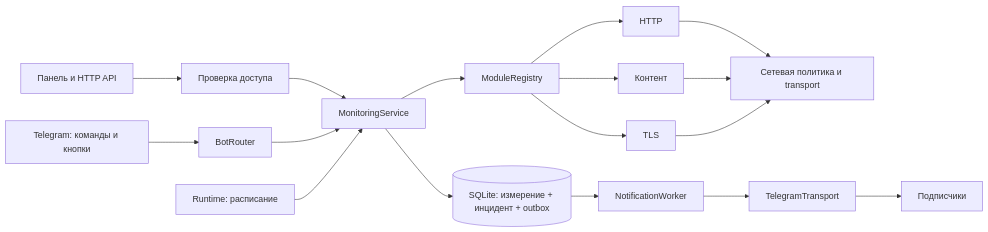
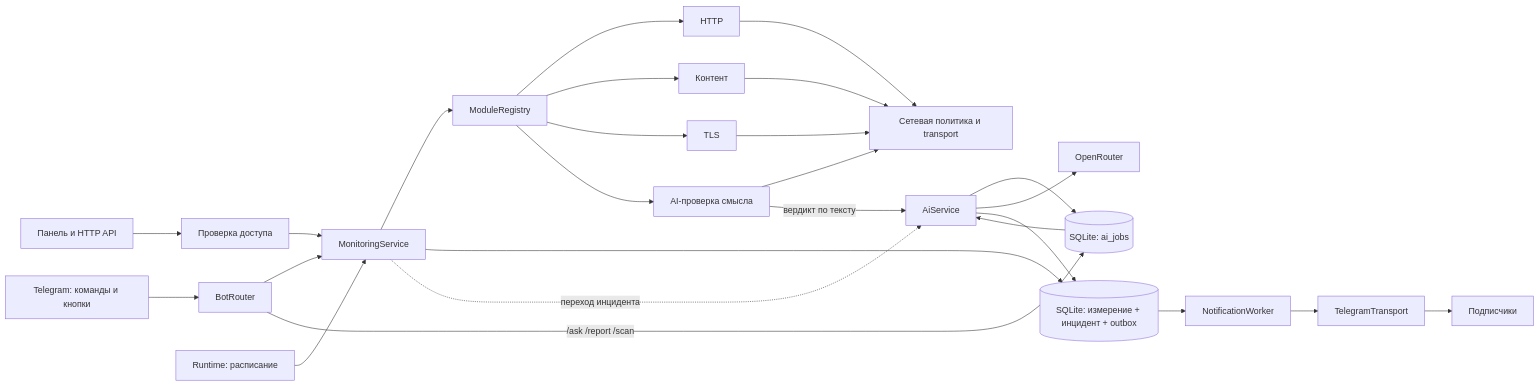
One commit to Artik-HP/Bot_API changed the diagram in docs/ARCHITECTURE.md. Above: the diagram before and after it, drawn with Mermaid. The commit also changed other lines of this file and 29 other files, not shown here.

First line of the commit message:
PulseDesk: AI-ассистент через OpenRouter

````diff
--- a/docs/ARCHITECTURE.md
+++ b/docs/ARCHITECTURE.md
@@ -5,17 +5,25 @@
 ```mermaid
 flowchart LR
   T[Telegram: команды и кнопки] --> R[BotRouter]
   W[Панель и HTTP API] --> A[Проверка доступа]
   A --> M[MonitoringService]
   R --> M
   S[Runtime: расписание] --> M
   M --> P[ModuleRegistry]
   P --> H[HTTP]
   P --> C[Контент]
   P --> L[TLS]
-  H & C & L --> N[Сетевая политика и transport]
+  P --> X[AI-проверка смысла]
+  H & C & L & X --> N[Сетевая политика и transport]
   M --> D[(SQLite: измерение + инцидент + outbox)]
+  M -. переход инцидента .-> AI[AiService]
+  X -- вердикт по тексту --> AI
+  R -- /ask /report /scan --> J[(SQLite: ai_jobs)]
+  AI --> J
+  J --> AI
+  AI --> OR[OpenRouter]
+  AI --> D
   D --> O[NotificationWorker]
   O --> G[TelegramTransport]
   G --> U[Подписчики]
 ```
````
